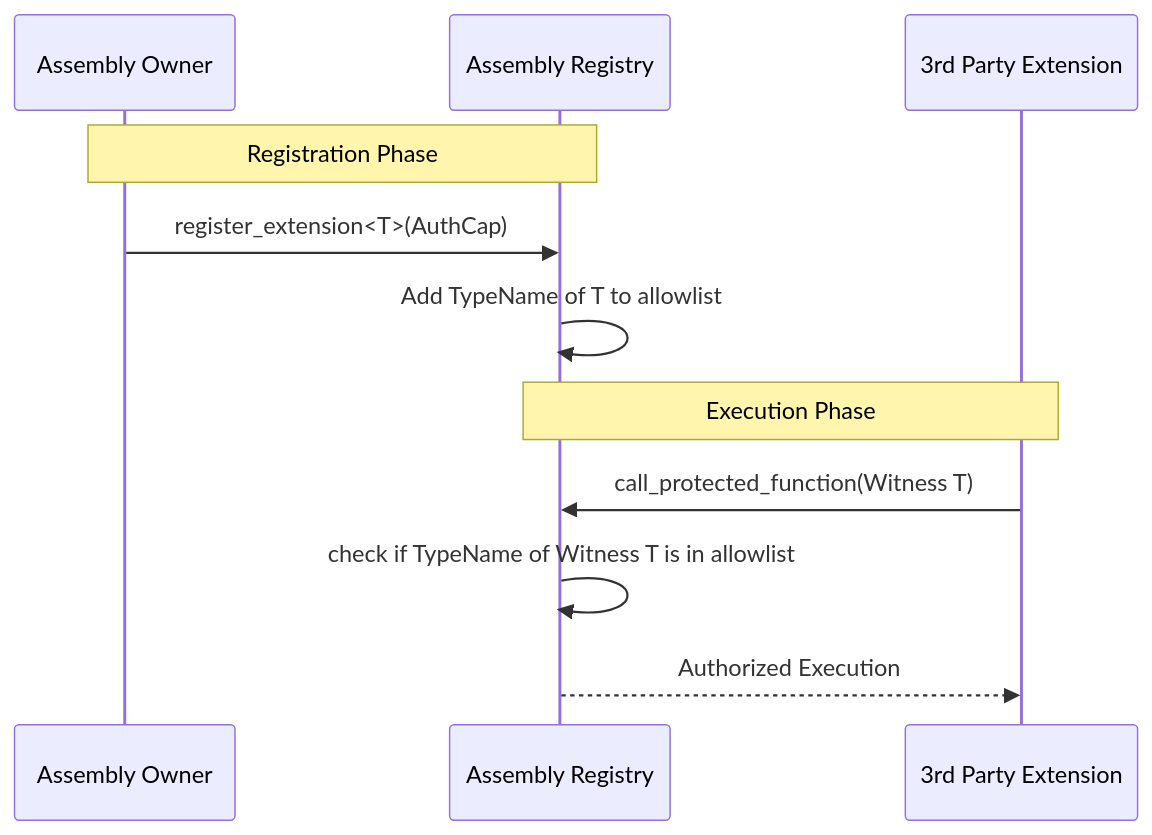
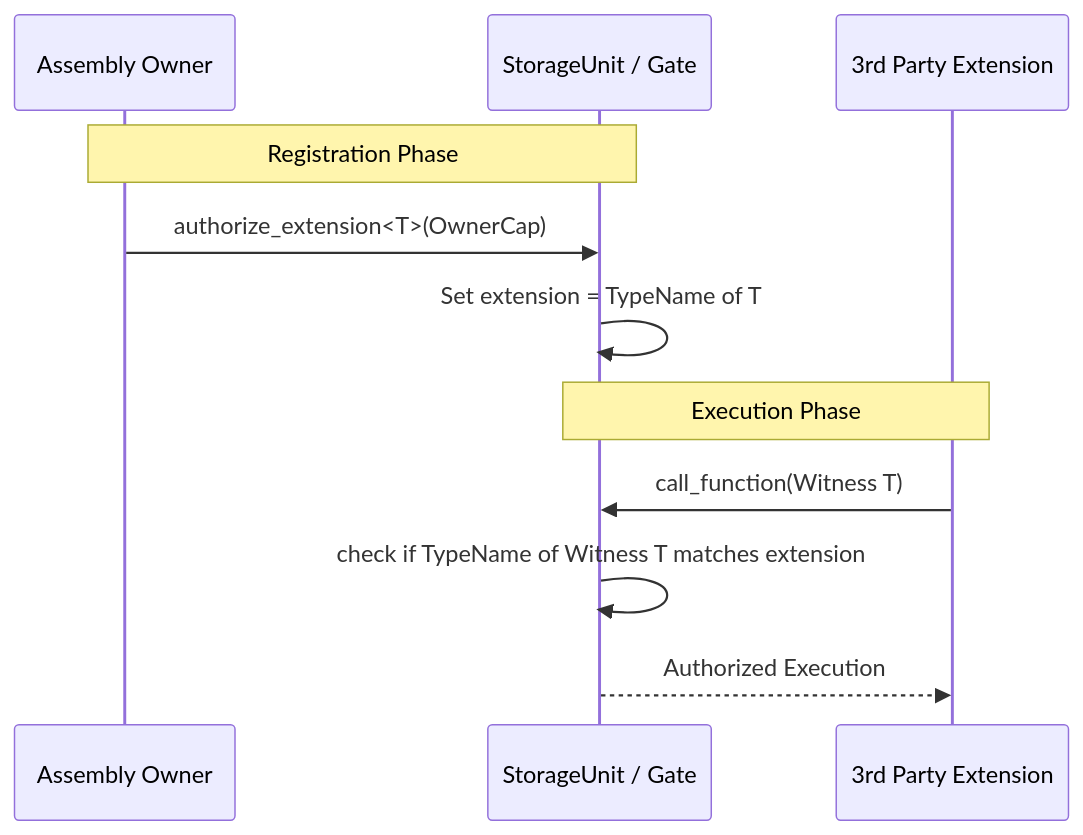
The second of 3 diagrams in content/develop/world-contracts/assemblies/assembly.move.md (Scetrov/frontier.scetrov.live), drawn with Mermaid before and after one commit. The commit also changed other lines of this file and 8 other files, not shown here.

````diff
--- a/content/develop/world-contracts/assemblies/assembly.move.md
+++ b/content/develop/world-contracts/assemblies/assembly.move.md
@@ -67,16 +70,16 @@
 ```mermaid
 sequenceDiagram
     participant Owner as Assembly Owner
-    participant Registry as Assembly Registry
+    participant Assembly as StorageUnit / Gate
     participant Extension as 3rd Party Extension
     
-    Note over Owner, Registry: Registration Phase
-    Owner->>Registry: register_extension<T>(AuthCap)
-    Registry->>Registry: Add TypeName of T to allowlist
+    Note over Owner, Assembly: Registration Phase
+    Owner->>Assembly: authorize_extension<T>(OwnerCap)
+    Assembly->>Assembly: Set extension = TypeName of T
     
-    Note over Extension, Registry: Execution Phase
-    Extension->>Registry: call_protected_function(Witness T)
-    Registry->>Registry: check if TypeName of Witness T is in allowlist
-    Registry-->>Extension: Authorized Execution
+    Note over Extension, Assembly: Execution Phase
+    Extension->>Assembly: call_function(Witness T)
+    Assembly->>Assembly: check if TypeName of Witness T matches extension
+    Assembly-->>Extension: Authorized Execution
 
 ```
````
